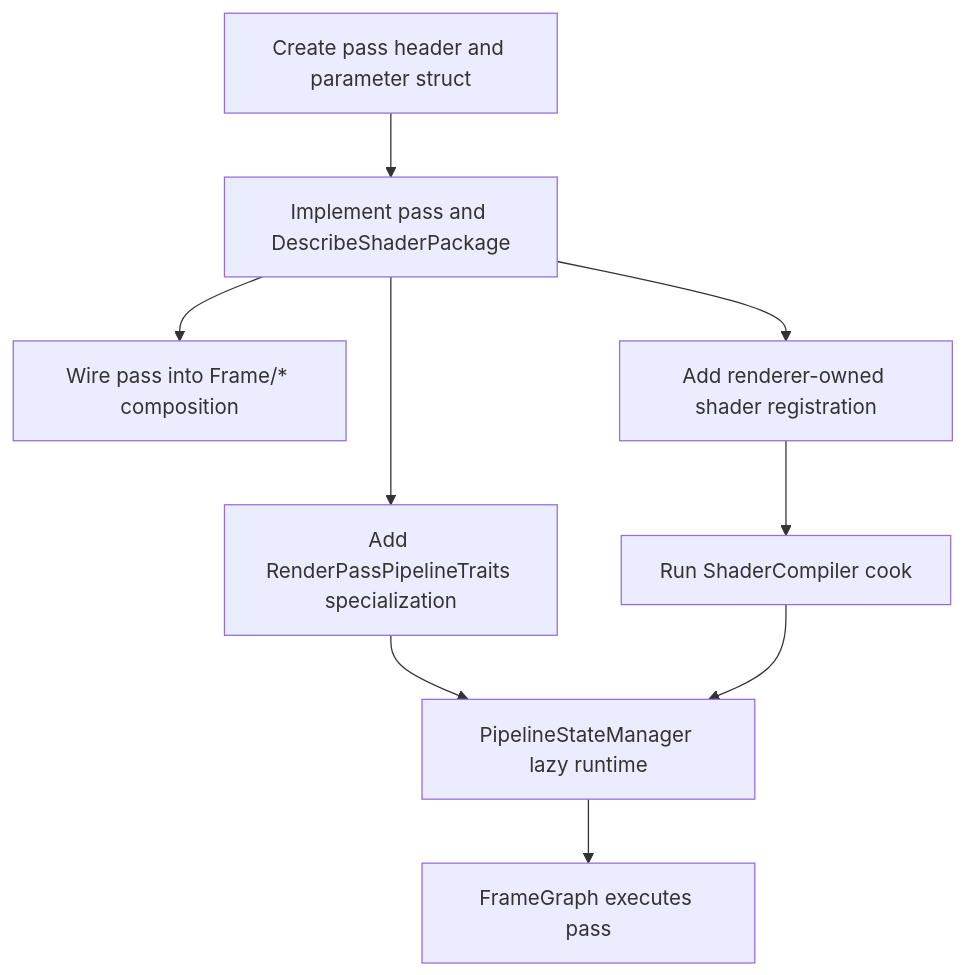
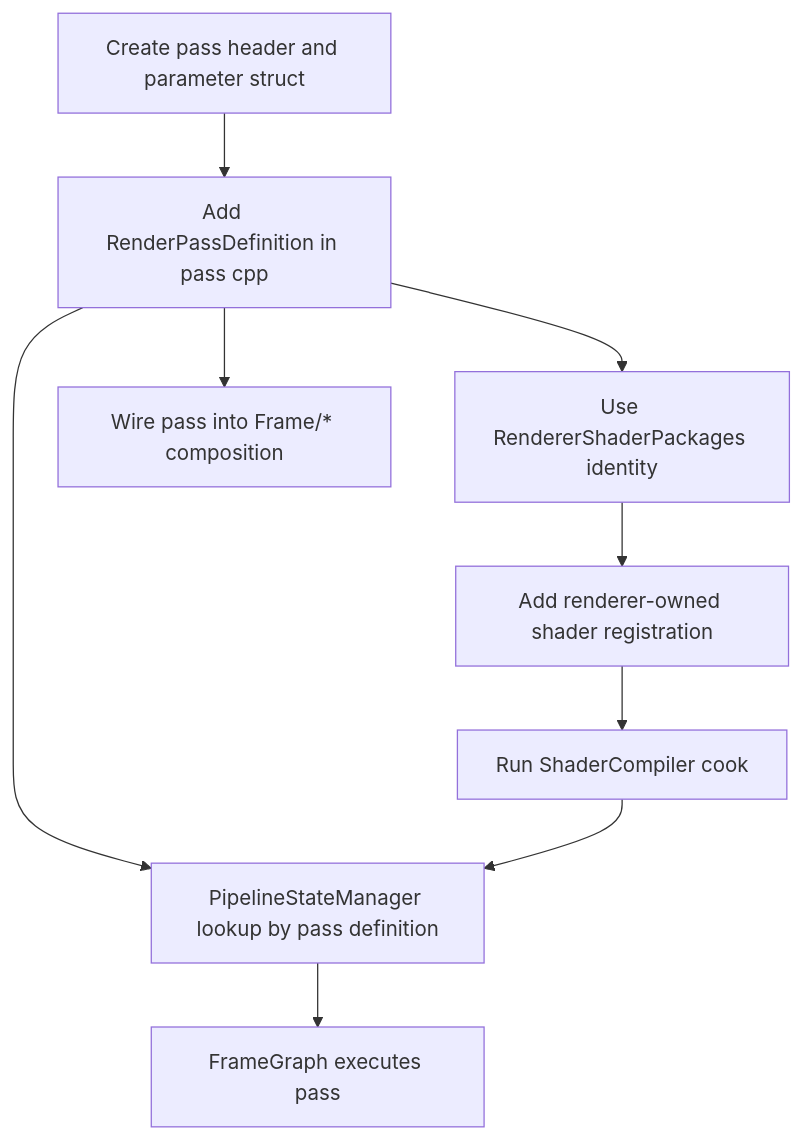
Before and after one commit to stoleckipawel/SparkleEngine: the first of 2 diagrams in docs/architecture/pass-authoring-contract.md, drawn with Mermaid. The commit also changed other lines of this file and 40 other files, not shown here.

Commit message:
Introduce Declarative Pass Definition And Migrate Passes

````diff
--- a/docs/architecture/pass-authoring-contract.md
+++ b/docs/architecture/pass-authoring-contract.md
@@ -52,20 +56,20 @@
 ```mermaid
 flowchart TD
     PassHeader[Create pass header and parameter struct]
-    PassCpp[Implement pass and DescribeShaderPackage]
+    Definition[Add RenderPassDefinition in pass cpp]
+    Packages[Use RendererShaderPackages identity]
     Frame[Wire pass into Frame/* composition]
-    Traits[Add RenderPassPipelineTraits specialization]
     ShaderReg[Add renderer-owned shader registration]
     Cook[Run ShaderCompiler cook]
-    Runtime[PipelineStateManager lazy runtime]
+    Runtime[PipelineStateManager lookup by pass definition]
     Execute[FrameGraph executes pass]
 
-    PassHeader --> PassCpp
-    PassCpp --> Frame
-    PassCpp --> Traits
-    PassCpp --> ShaderReg
+    PassHeader --> Definition
+    Definition --> Packages
+    Definition --> Frame
+    Packages --> ShaderReg
     ShaderReg --> Cook
-    Traits --> Runtime
+    Definition --> Runtime
     Cook --> Runtime
     Runtime --> Execute
 ```
````
